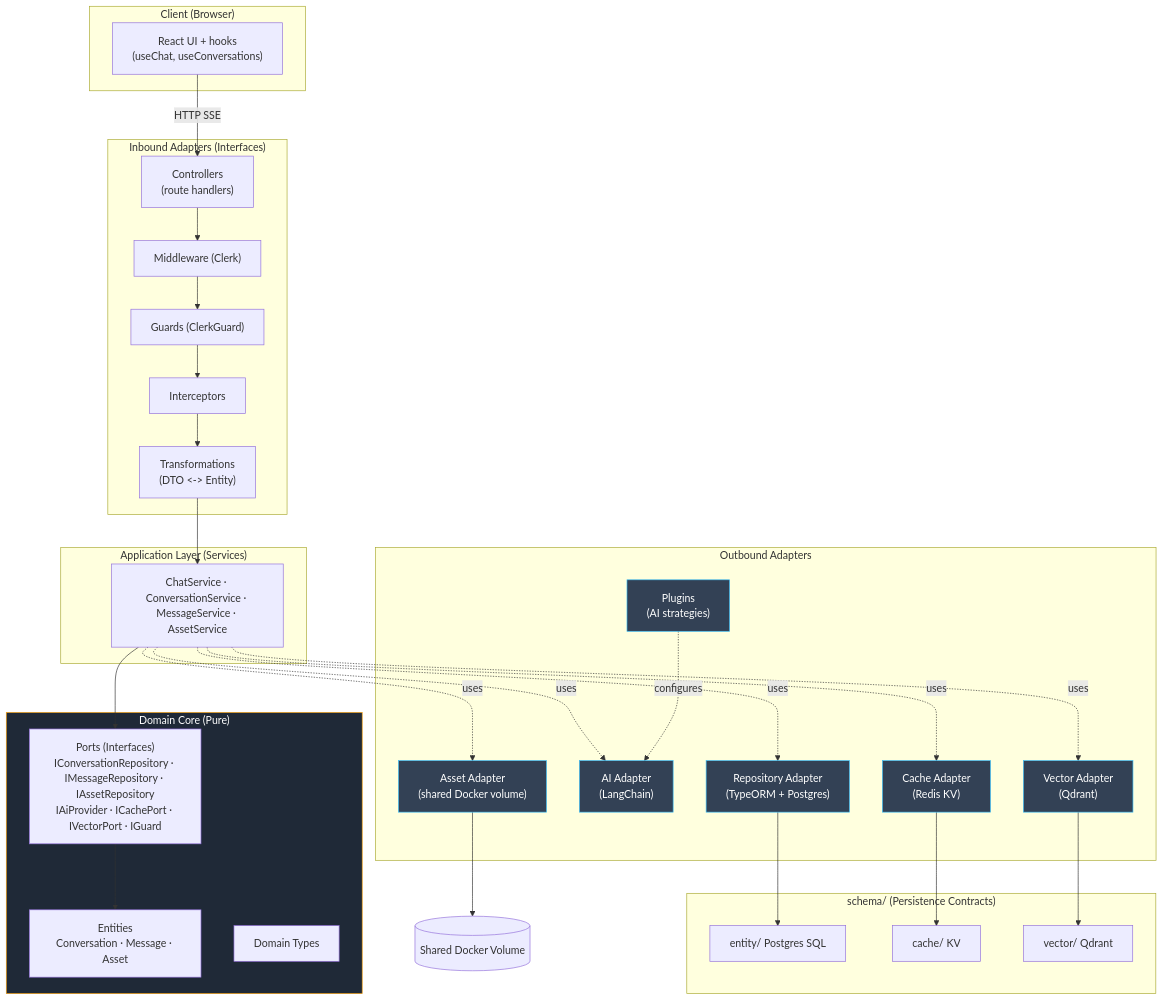
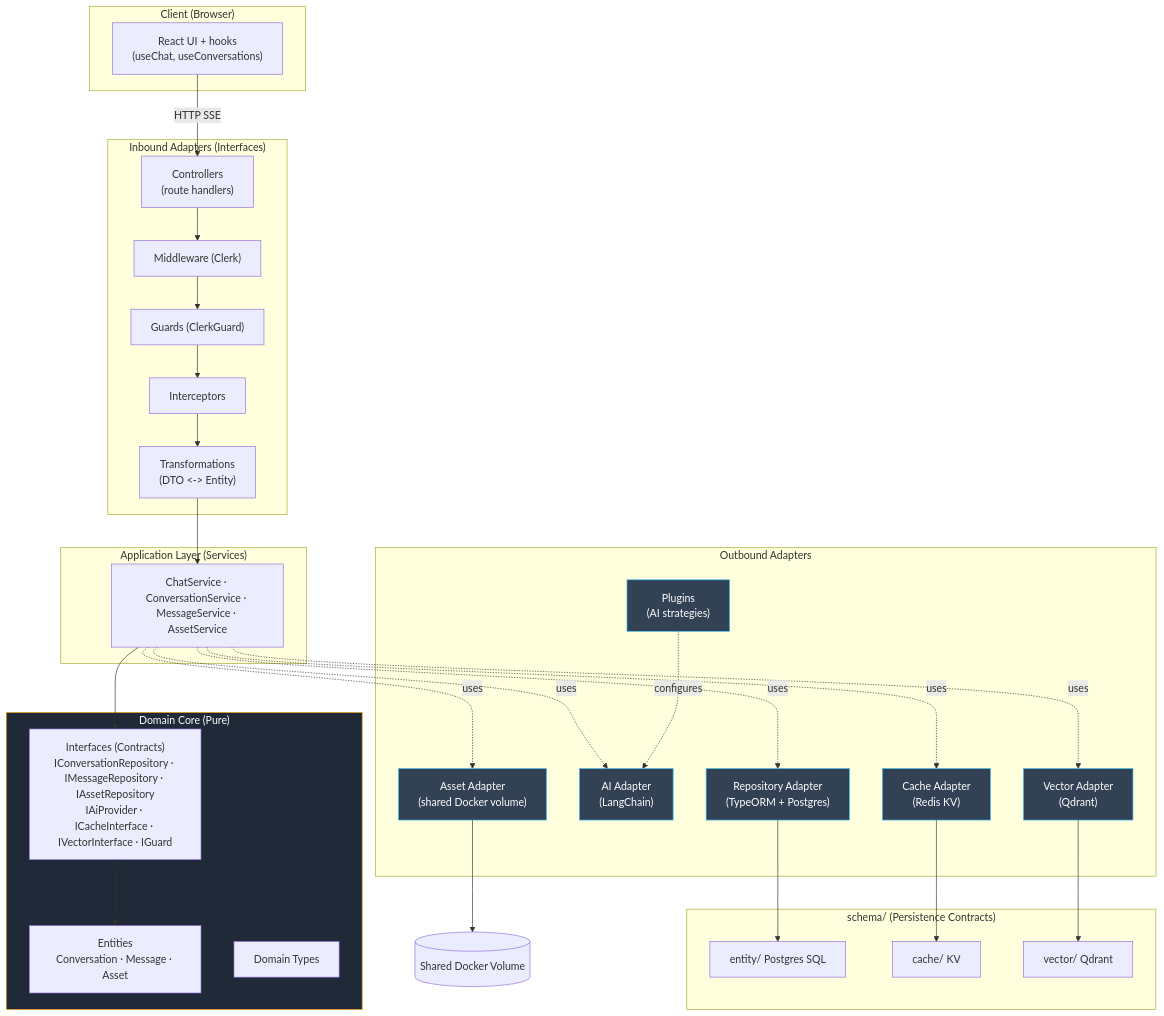
Before and after one commit to Glitch-guy0/chaiGPT: the diagram in _bmad-output/planning-artifacts/05-architecture.md, drawn with Mermaid. The commit also changed other lines of this file and 7 other files, not shown here.

Commit message:
checking uml diagrams

````diff
--- a/_bmad-output/planning-artifacts/05-architecture.md
+++ b/_bmad-output/planning-artifacts/05-architecture.md
@@ -5,60 +5,60 @@
 ```mermaid
 flowchart TB
     subgraph client["Client (Browser)"]
         ui["React UI + hooks<br/>(useChat, useConversations)"]
     end
 
     subgraph inbound["Inbound Adapters (Interfaces)"]
         ctrl["Controllers<br/>(route handlers)"]
         mw["Middleware (Clerk)"]
         grd["Guards (ClerkGuard)"]
         intc["Interceptors"]
         trf["Transformations<br/>(DTO <-> Entity)"]
     end
 
     subgraph app["Application Layer (Services)"]
         svc["ChatService · ConversationService · MessageService · AssetService"]
     end
 
     subgraph domain["Domain Core (Pure)"]
         ent["Entities<br/>Conversation · Message · Asset"]
-        ports["Ports (Interfaces)<br/>IConversationRepository · IMessageRepository · IAssetRepository<br/>IAiProvider · ICachePort · IVectorPort · IGuard"]
+        interfaces["Interfaces (Contracts)<br/>IConversationRepository · IMessageRepository · IAssetRepository<br/>IAiProvider · ICacheInterface · IVectorInterface · IGuard"]
         domTypes["Domain Types"]
     end
 
     subgraph outbound["Outbound Adapters"]
         repoA["Repository Adapter<br/>(TypeORM + Postgres)"]
         aiA["AI Adapter<br/>(LangChain)"]
         cacheA["Cache Adapter<br/>(Redis KV)"]
         vecA["Vector Adapter<br/>(Qdrant)"]
         assetA["Asset Adapter<br/>(shared Docker volume)"]
         plug["Plugins<br/>(AI strategies)"]
     end
 
     subgraph persist["schema/ (Persistence Contracts)"]
         se["entity/ Postgres SQL"]
         sc["cache/ KV"]
         sv["vector/ Qdrant"]
     end
 
     ui -->|HTTP SSE| ctrl
     ctrl --> mw --> grd --> intc --> trf
     trf --> svc
-    svc --> ports
-    ports --> ent
+    svc --> interfaces
+    interfaces --> ent
     svc -.uses.-> repoA
     svc -.uses.-> aiA
     svc -.uses.-> cacheA
     svc -.uses.-> vecA
     svc -.uses.-> assetA
     plug -.configures.-> aiA
     repoA --> se
     cacheA --> sc
     vecA --> sv
     assetA --> vol[(Shared Docker Volume)]
 
     classDef core fill:#1f2937,stroke:#f59e0b,color:#fff
     classDef adapter fill:#334155,stroke:#38bdf8,color:#fff
     class domain core
     class repoA,aiA,cacheA,vecA,assetA,plug adapter
 ```
````
